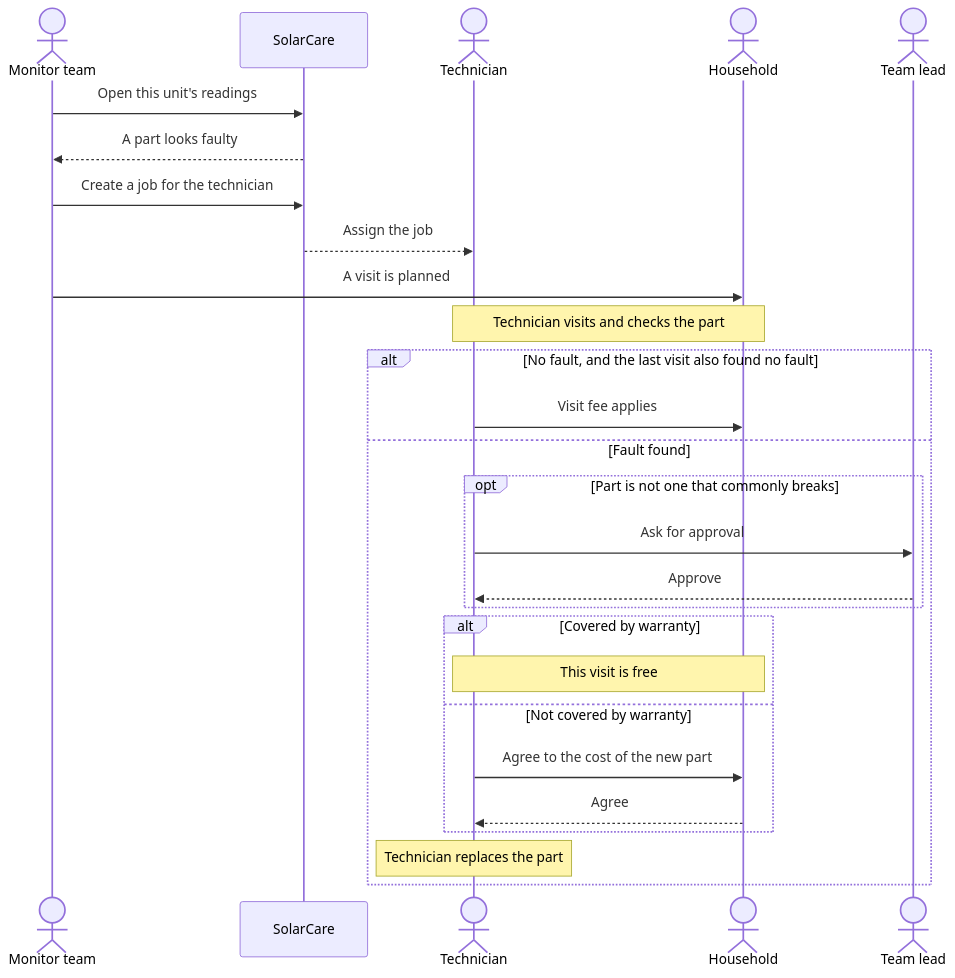
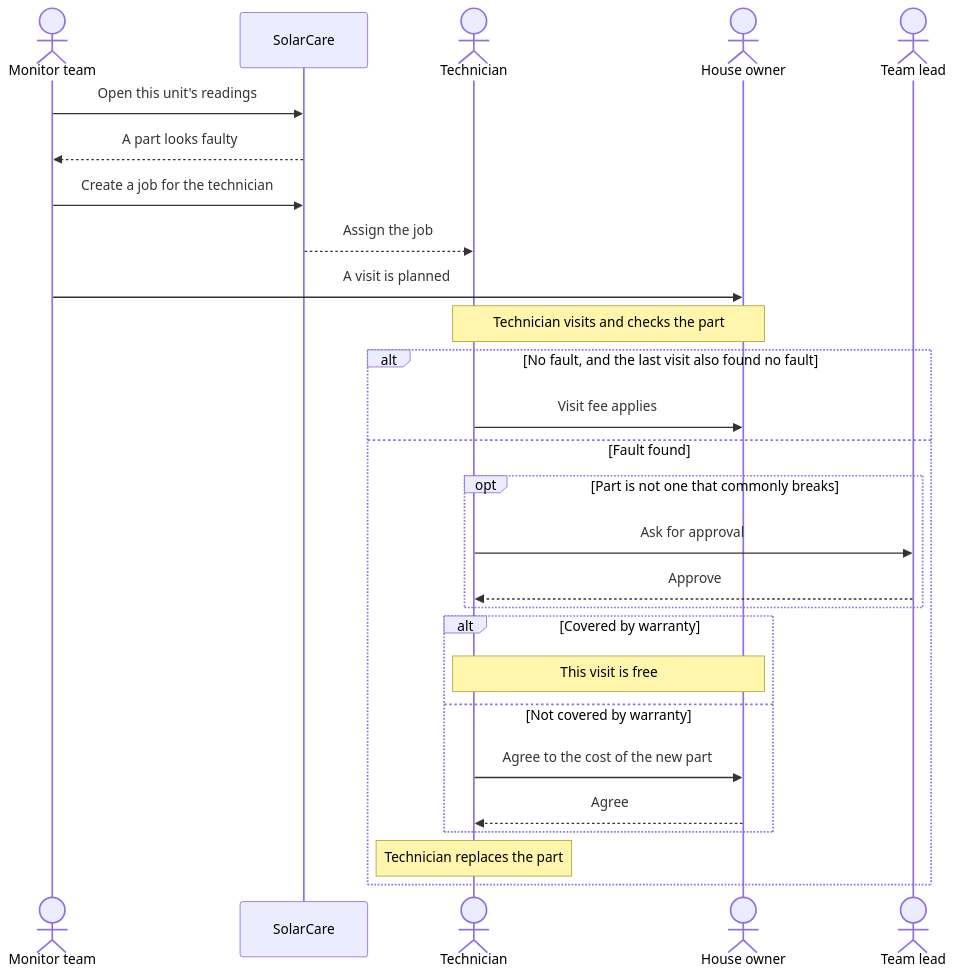
Before and after one commit to SolarCare-school-project/SolarCare: the diagram in diagrams/sequence/faulty-part-sequence.md, drawn with Mermaid. The commit also changed other lines of this file and 7 other files, not shown here.

````diff
--- a/diagrams/sequence/faulty-part-sequence.md
+++ b/diagrams/sequence/faulty-part-sequence.md
@@ -7,30 +7,30 @@
 ```mermaid
 sequenceDiagram
   actor Monitor as Monitor team
   participant Site as SolarCare
   actor Tech as Technician
-  actor Home as Household
+  actor Home as House owner
   actor Lead as Team lead
 
   Monitor->>Site: Open this unit's readings
   Site-->>Monitor: A part looks faulty
   Monitor->>Site: Create a job for the technician
   Site-->>Tech: Assign the job
   Monitor->>Home: A visit is planned
   Note over Tech,Home: Technician visits and checks the part
   alt No fault, and the last visit also found no fault
     Tech->>Home: Visit fee applies
   else Fault found
     opt Part is not one that commonly breaks
       Tech->>Lead: Ask for approval
       Lead-->>Tech: Approve
     end
     alt Covered by warranty
       Note over Tech,Home: This visit is free
     else Not covered by warranty
       Tech->>Home: Agree to the cost of the new part
       Home-->>Tech: Agree
     end
     Note over Tech: Technician replaces the part
   end
 ```
````
